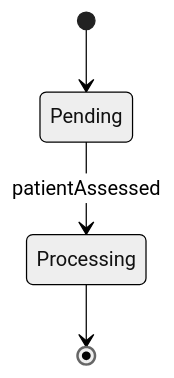
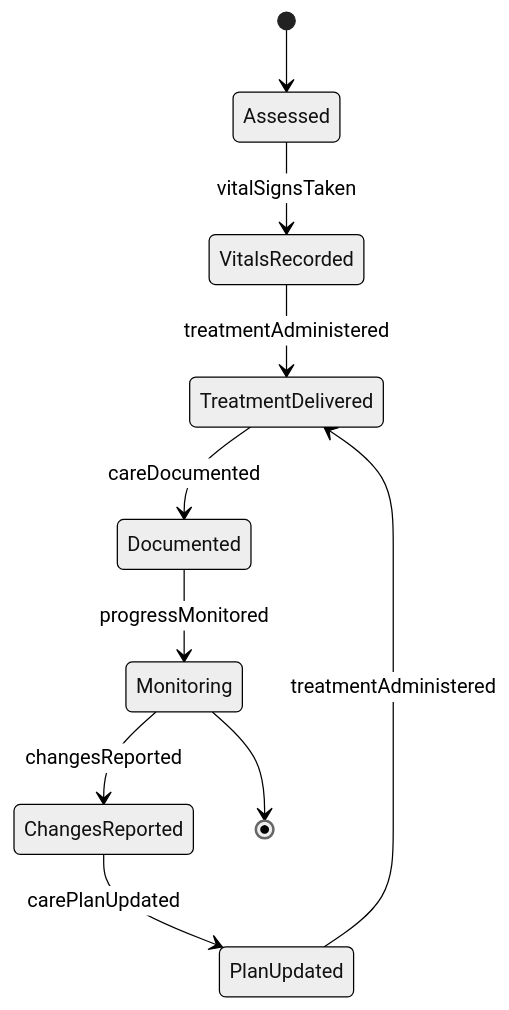
One commit to dot-org-ai/tasks.org.ai changed the second of 4 diagrams in AssistingAndCaringForOthers/AdministerBasicHealthCareOrMedicalTreatments/AdministerBasicHealthCareMedical.mdx. Above: the diagram before and after it, drawn with Mermaid (neutral theme). The commit also changed other lines of this file and 32 other files, not shown here.

First line of the commit message:
fix: Improve ER and State diagrams in 32 AssistingAndCaringForOthers DWA files

````diff
--- a/AssistingAndCaringForOthers/AdministerBasicHealthCareOrMedicalTreatments/AdministerBasicHealthCareMedical.mdx
+++ b/AssistingAndCaringForOthers/AdministerBasicHealthCareOrMedicalTreatments/AdministerBasicHealthCareMedical.mdx
@@ -99,6 +99,12 @@
 ```mermaid
 stateDiagram-v2
-    [*] --> Pending
-    Pending --> Processing : patientAssessed
-    Processing --> [*]
+    [*] --> Assessed
+    Assessed --> VitalsRecorded : vitalSignsTaken
+    VitalsRecorded --> TreatmentDelivered : treatmentAdministered
+    TreatmentDelivered --> Documented : careDocumented
+    Documented --> Monitoring : progressMonitored
+    Monitoring --> ChangesReported : changesReported
+    ChangesReported --> PlanUpdated : carePlanUpdated
+    PlanUpdated --> TreatmentDelivered : treatmentAdministered
+    Monitoring --> [*]
 ```
````
